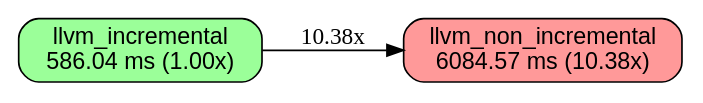
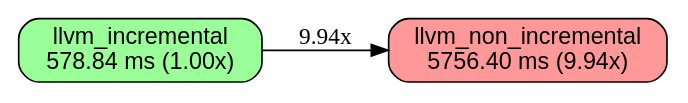
Before and after one commit to orgrinrt/hilavitkutin: the diagram in docs/BENCHES.build-static.mid_n25.linux-x86_64-c4-container-intel.dot, drawn with Graphviz. The commit also changed 9 other files, not shown here.

```diff
--- a/docs/BENCHES.build-static.mid_n25.linux-x86_64-c4-container-intel.dot
+++ b/docs/BENCHES.build-static.mid_n25.linux-x86_64-c4-container-intel.dot
@@ -1,14 +1,14 @@
 // AUTO-GENERATED: DO NOT EDIT DIRECTLY
 //
 // Generated by: mockspace (mock)
-// Generated at: 2026-11-19T23:03:37Z
+// Generated at: 2026-11-20T09:14:29Z
 // Source: mock/
 // To regenerate: cargo mock
 
 digraph "build-static/mid_n25 on linux-x86_64-c4-container-intel" {
   rankdir=LR;
   node [shape=box, style="rounded,filled", fontname="Helvetica"];
-  v0 [label="llvm_incremental\n586.04 ms (1.00x)", fillcolor="0.330 0.4 1.0"];
-  v1 [label="llvm_non_incremental\n6084.57 ms (10.38x)", fillcolor="0.000 0.4 1.0"];
-  v0 -> v1 [label="10.38x"];
+  v0 [label="llvm_incremental\n578.84 ms (1.00x)", fillcolor="0.330 0.4 1.0"];
+  v1 [label="llvm_non_incremental\n5756.40 ms (9.94x)", fillcolor="0.000 0.4 1.0"];
+  v0 -> v1 [label="9.94x"];
 }
```
